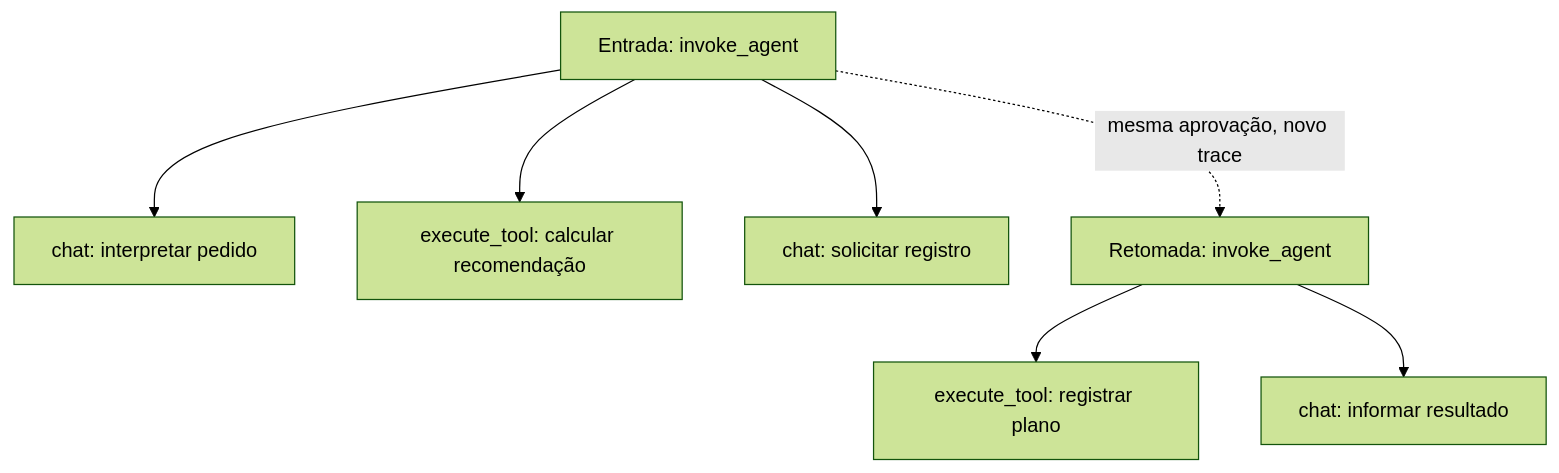
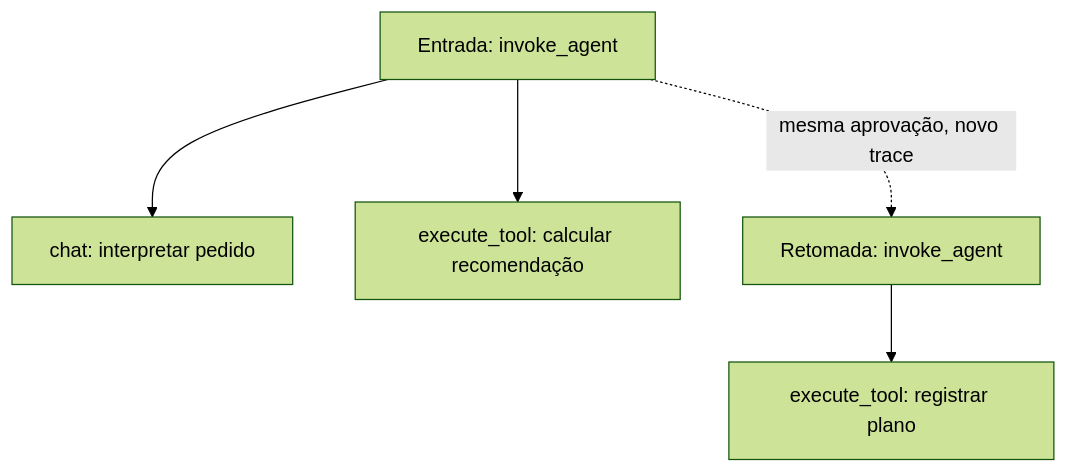
One commit to viniciusyy/Agente-de-IA- changed the diagram in docs/observabilidade.md. Above: the diagram before and after it, drawn with Mermaid (forest theme). The commit also changed other lines of this file and 8 other files, not shown here.

````diff
--- a/docs/observabilidade.md
+++ b/docs/observabilidade.md
@@ -27,10 +18,8 @@
 ```mermaid
 flowchart TD
     A["Entrada: invoke_agent"]
     A --> B["chat: interpretar pedido"]
     A --> C["execute_tool: calcular recomendação"]
-    A --> D["chat: solicitar registro"]
-    A -. "mesma aprovação, novo trace" .-> E["Retomada: invoke_agent"]
-    E --> F["execute_tool: registrar plano"]
-    E --> G["chat: informar resultado"]
+    A -. "mesma aprovação, novo trace" .-> D["Retomada: invoke_agent"]
+    D --> E["execute_tool: registrar plano"]
 ```
````
